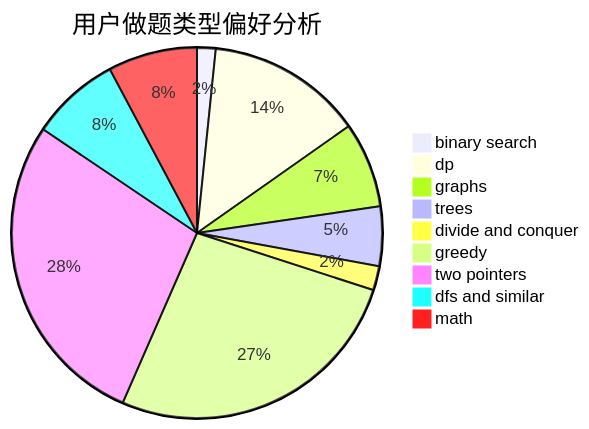
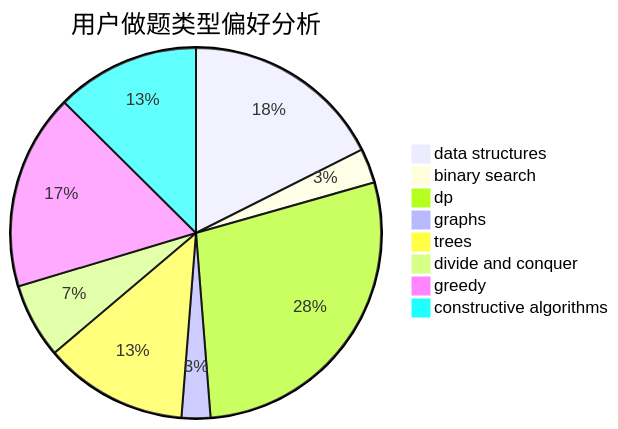
One commit to sherpahu/cfrs.github.io changed the second of 3 diagrams in docs/user/u2497.md. Above: the diagram before and after it, drawn with Mermaid. The commit also changed other lines of this file and 2775 other files, not shown here.

````diff
--- a/docs/user/u2497.md
+++ b/docs/user/u2497.md
@@ -23,12 +23,11 @@
 ```mermaid
 pie title 用户做题类型偏好分析
-    "binary search" :  10
-    "dp" :  84
-    "graphs" :  46
-    "trees" :  32
+    "data structures" :  35
+    "binary search" :  6
+    "dp" :  56
+    "graphs" :  5
+    "trees" :  25
     "divide and conquer" :  13
-    "greedy" :  164
-    "two pointers" :  172
-    "dfs and similar" :  48
-    "math" :  48
+    "greedy" :  34
+    "constructive algorithms" :  25
 ```
````
